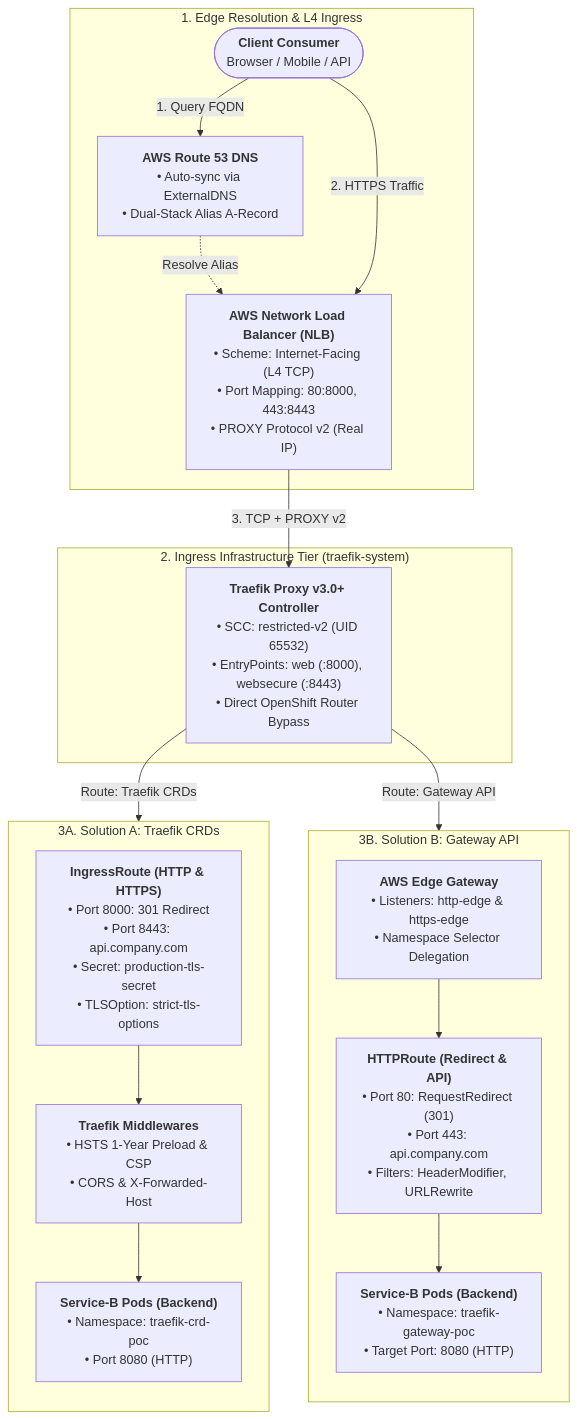
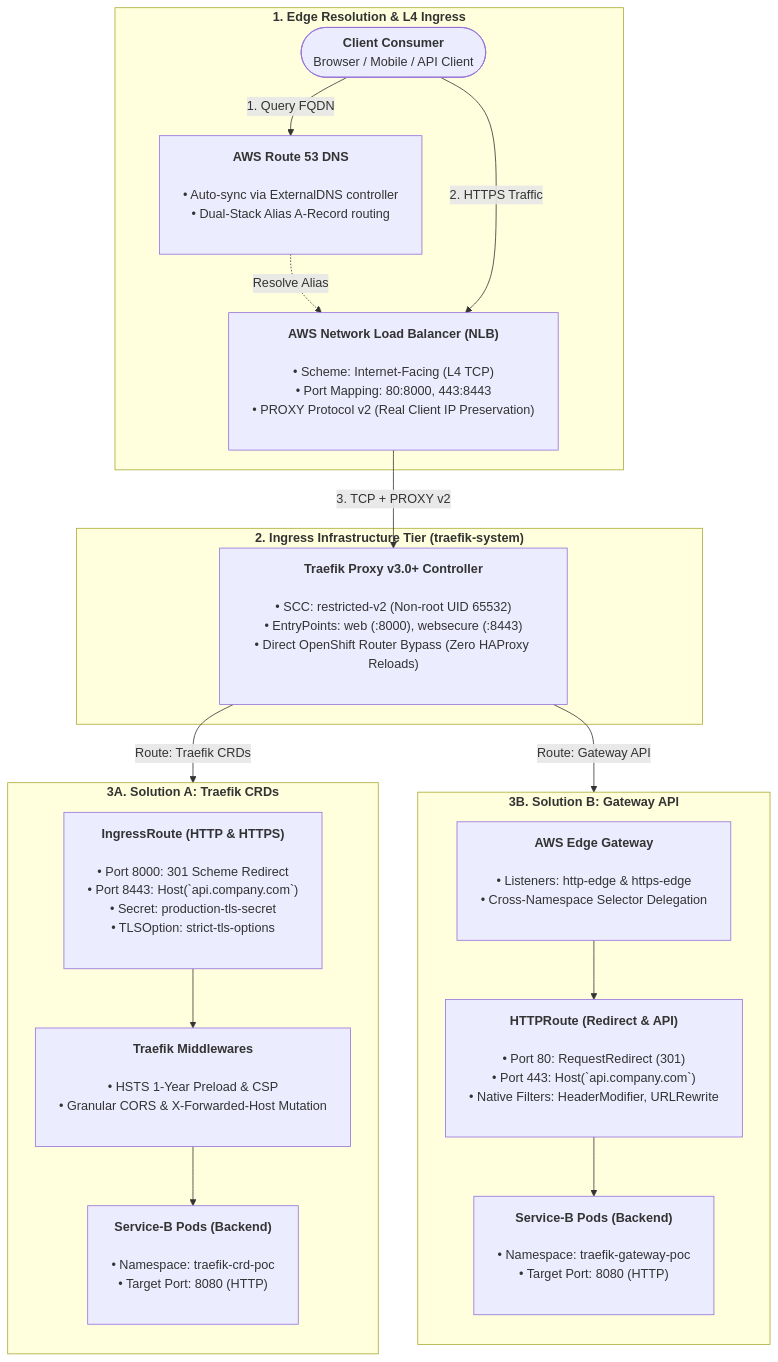
Before and after one commit to nubenetes/traefik-fqdn-management-poc-openshift-aws: the first of 3 diagrams in README.md, drawn with Mermaid. The commit also changed other lines of this file, not shown here.

Commit message:
docs(readme): expand box dimensions, wrapping width, and padding in all Mermaid diagrams

````diff
--- a/README.md
+++ b/README.md
@@ -106,36 +106,37 @@
 ```mermaid
+%%{init: {"flowchart": {"wrappingWidth": 380, "nodePadding": 24, "diagramPadding": 30}}}%%
 flowchart TD
-    subgraph Edge_DNS ["1. Edge Resolution & L4 Ingress"]
-        User(["<b>Client Consumer</b><br/>Browser / Mobile / API"])
-        R53["<b>AWS Route 53 DNS</b><br/>• Auto-sync via ExternalDNS<br/>• Dual-Stack Alias A-Record"]
-        NLB["<b>AWS Network Load Balancer (NLB)</b><br/>• Scheme: Internet-Facing (L4 TCP)<br/>• Port Mapping: 80:8000, 443:8443<br/>• PROXY Protocol v2 (Real IP)"]
+    subgraph Edge_DNS ["<b>1. Edge Resolution & L4 Ingress</b>"]
+        User(["<b>Client Consumer</b><br/>Browser / Mobile / API Client"])
+        R53["<b>AWS Route 53 DNS</b><br/><br/>• Auto-sync via ExternalDNS controller<br/>• Dual-Stack Alias A-Record routing<br/>&nbsp;"]
+        NLB["<b>AWS Network Load Balancer (NLB)</b><br/><br/>• Scheme: Internet-Facing (L4 TCP)<br/>• Port Mapping: 80:8000, 443:8443<br/>• PROXY Protocol v2 (Real Client IP Preservation)<br/>&nbsp;"]
         User -->|"1. Query FQDN"| R53
         R53 -.->|"Resolve Alias"| NLB
         User -->|"2. HTTPS Traffic"| NLB
     end
 
-    subgraph Ingress_Tier ["2. Ingress Infrastructure Tier (traefik-system)"]
-        Traefik["<b>Traefik Proxy v3.0+ Controller</b><br/>• SCC: restricted-v2 (UID 65532)<br/>• EntryPoints: web (:8000), websecure (:8443)<br/>• Direct OpenShift Router Bypass"]
+    subgraph Ingress_Tier ["<b>2. Ingress Infrastructure Tier (traefik-system)</b>"]
+        Traefik["<b>Traefik Proxy v3.0+ Controller</b><br/><br/>• SCC: restricted-v2 (Non-root UID 65532)<br/>• EntryPoints: web (:8000), websecure (:8443)<br/>• Direct OpenShift Router Bypass (Zero HAProxy Reloads)<br/>&nbsp;"]
     end
 
     NLB -->|"3. TCP + PROXY v2"| Traefik
 
-    subgraph SolA ["3A. Solution A: Traefik CRDs"]
+    subgraph SolA ["<b>3A. Solution A: Traefik CRDs</b>"]
         direction TB
-        IR_A["<b>IngressRoute (HTTP & HTTPS)</b><br/>• Port 8000: 301 Redirect<br/>• Port 8443: api.company.com<br/>• Secret: production-tls-secret<br/>• TLSOption: strict-tls-options"]
-        MW["<b>Traefik Middlewares</b><br/>• HSTS 1-Year Preload & CSP<br/>• CORS & X-Forwarded-Host"]
-        ServiceB_A["<b>Service-B Pods (Backend)</b><br/>• Namespace: traefik-crd-poc<br/>• Port 8080 (HTTP)"]
+        IR_A["<b>IngressRoute (HTTP & HTTPS)</b><br/><br/>• Port 8000: 301 Scheme Redirect<br/>• Port 8443: Host(`api.company.com`)<br/>• Secret: production-tls-secret<br/>• TLSOption: strict-tls-options<br/>&nbsp;"]
+        MW["<b>Traefik Middlewares</b><br/><br/>• HSTS 1-Year Preload & CSP<br/>• Granular CORS & X-Forwarded-Host Mutation<br/>&nbsp;"]
+        ServiceB_A["<b>Service-B Pods (Backend)</b><br/><br/>• Namespace: traefik-crd-poc<br/>• Target Port: 8080 (HTTP)<br/>&nbsp;"]
         IR_A --> MW --> ServiceB_A
     end
 
-    subgraph SolB ["3B. Solution B: Gateway API"]
+    subgraph SolB ["<b>3B. Solution B: Gateway API</b>"]
         direction TB
-        GW["<b>AWS Edge Gateway</b><br/>• Listeners: http-edge & https-edge<br/>• Namespace Selector Delegation"]
-        HR["<b>HTTPRoute (Redirect & API)</b><br/>• Port 80: RequestRedirect (301)<br/>• Port 443: api.company.com<br/>• Filters: HeaderModifier, URLRewrite"]
-        ServiceB_B["<b>Service-B Pods (Backend)</b><br/>• Namespace: traefik-gateway-poc<br/>• Target Port: 8080 (HTTP)"]
+        GW["<b>AWS Edge Gateway</b><br/><br/>• Listeners: http-edge & https-edge<br/>• Cross-Namespace Selector Delegation<br/>&nbsp;"]
+        HR["<b>HTTPRoute (Redirect & API)</b><br/><br/>• Port 80: RequestRedirect (301)<br/>• Port 443: Host(`api.company.com`)<br/>• Native Filters: HeaderModifier, URLRewrite<br/>&nbsp;"]
+        ServiceB_B["<b>Service-B Pods (Backend)</b><br/><br/>• Namespace: traefik-gateway-poc<br/>• Target Port: 8080 (HTTP)<br/>&nbsp;"]
         GW --> HR --> ServiceB_B
     end
 
     Traefik -->|"Route: Traefik CRDs"| SolA
     Traefik -->|"Route: Gateway API"| SolB
 ```
````
